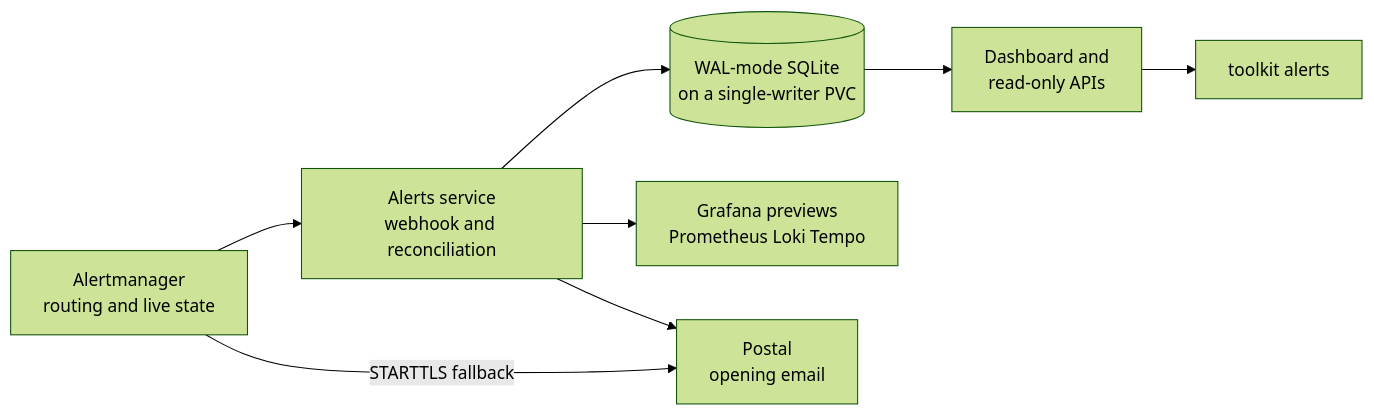
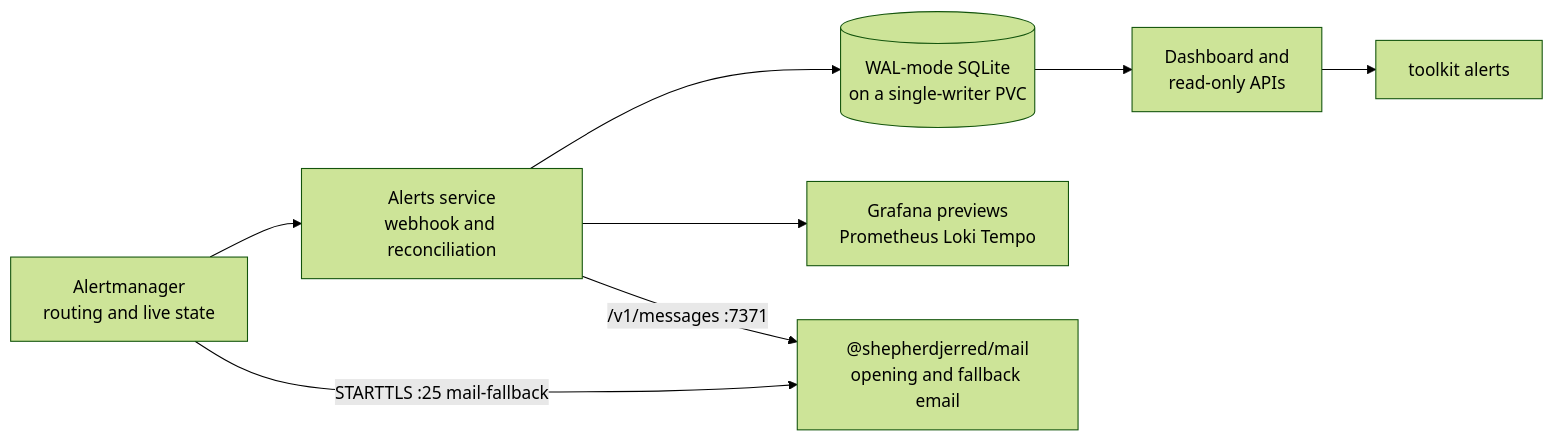
Before and after one commit to shepherdjerred/monorepo: the diagram in packages/docs/wiki/src/content/docs/explanation/homelab/alerts.md, drawn with Mermaid (forest theme). The commit also changed other lines of this file and 185 other files, not shown here.

````diff
--- a/packages/docs/wiki/src/content/docs/explanation/homelab/alerts.md
+++ b/packages/docs/wiki/src/content/docs/explanation/homelab/alerts.md
@@ -12,21 +12,21 @@
 ```mermaid
 flowchart LR
   accTitle: Alert routing and durable history
-  accDescr: Alertmanager remains authoritative for live state. Its authenticated webhook and snapshots feed a WAL-mode SQLite ledger on a single-writer PVC; the dashboard, read-only API, toolkit, Grafana previews, and Postal opening email use that ledger. Alertmanager also submits fallback mail to Postal over STARTTLS.
+  accDescr: Alertmanager remains authoritative for live state. Its authenticated webhook and snapshots feed a WAL-mode SQLite ledger on a single-writer PVC; the dashboard, read-only API, toolkit, Grafana previews, and Mail opening email use that ledger. Alertmanager also submits fallback mail to Mail over STARTTLS.
 
   AM[Alertmanager\nrouting and live state]
   LEDGER[Alerts service\nwebhook and reconciliation]
   DB[(WAL-mode SQLite\non a single-writer PVC)]
   UI[Dashboard and\nread-only APIs]
   CLI[toolkit alerts]
   GRAFANA[Grafana previews\nPrometheus Loki Tempo]
-  POSTAL[Postal\nopening email]
+  MAIL["@shepherdjerred/mail\nopening and fallback email"]
 
   AM --> LEDGER
   LEDGER --> DB
   DB --> UI
   UI --> CLI
   LEDGER --> GRAFANA
-  LEDGER --> POSTAL
-  AM -->|STARTTLS fallback| POSTAL
+  LEDGER -->|"/v1/messages :7371"| MAIL
+  AM -->|"STARTTLS :25 mail-fallback"| MAIL
 ```
````
